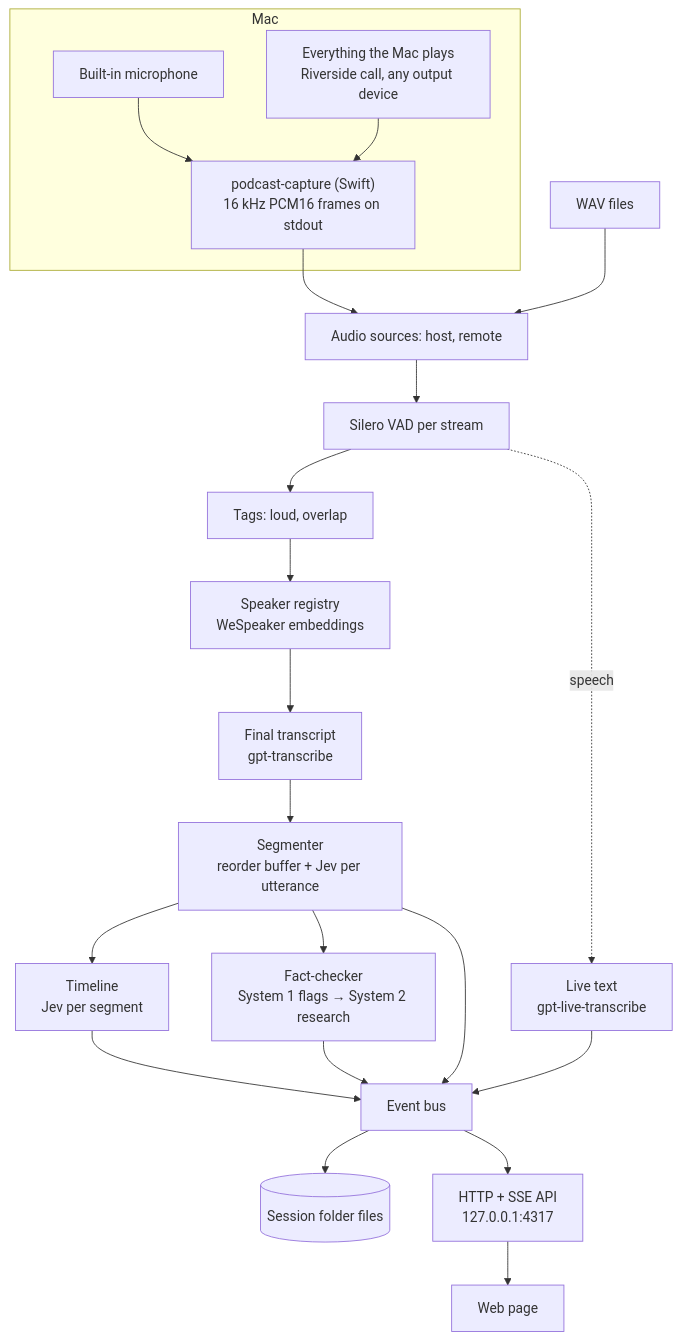
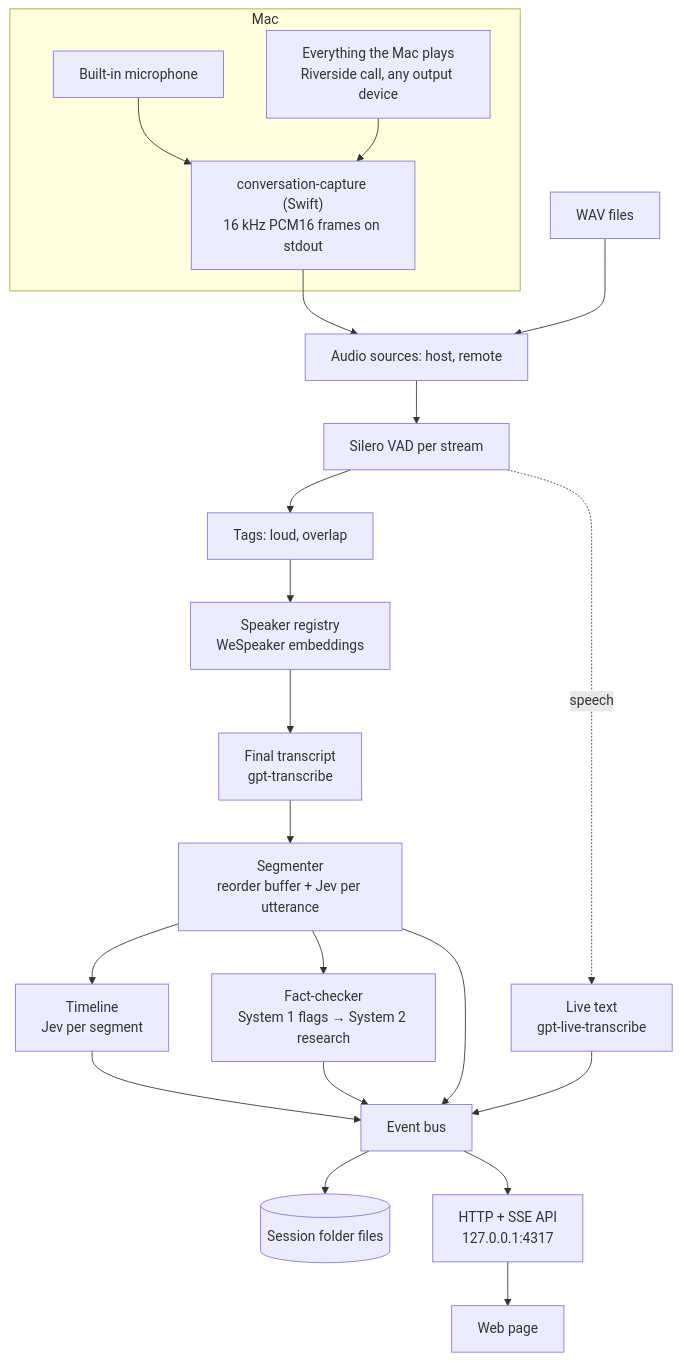
Before and after one commit to nicolasdao/conversation-assistant: the diagram in docs/architecture.md, drawn with Mermaid. The commit also changed other lines of this file and 55 other files, not shown here.

````diff
--- a/docs/architecture.md
+++ b/docs/architecture.md
@@ -19,20 +19,20 @@
 ```mermaid
 flowchart TB
   subgraph Mac
     MIC[Built-in microphone] --> HELPER
     OUT[Everything the Mac plays<br/>Riverside call, any output device] --> HELPER
-    HELPER["podcast-capture (Swift)<br/>16 kHz PCM16 frames on stdout"]
+    HELPER["conversation-capture (Swift)<br/>16 kHz PCM16 frames on stdout"]
   end
   HELPER --> SRC[Audio sources: host, remote]
   FILES[WAV files] --> SRC
   SRC --> VAD[Silero VAD per stream] --> TAGS[Tags: loud, overlap] --> SPK[Speaker registry<br/>WeSpeaker embeddings]
   VAD -.speech.-> LIVE[Live text<br/>gpt-live-transcribe]
   SPK --> TR[Final transcript<br/>gpt-transcribe]
   TR --> SEG[Segmenter<br/>reorder buffer + Jev per utterance]
   SEG --> TL[Timeline<br/>Jev per segment]
   SEG --> FC[Fact-checker<br/>System 1 flags → System 2 research]
   TL & FC & SEG & LIVE --> BUS[Event bus]
   BUS --> STORE[(Session folder files)]
   BUS --> SSE[HTTP + SSE API<br/>127.0.0.1:4317]
   SSE --> WEB[Web page]
 ```
````
